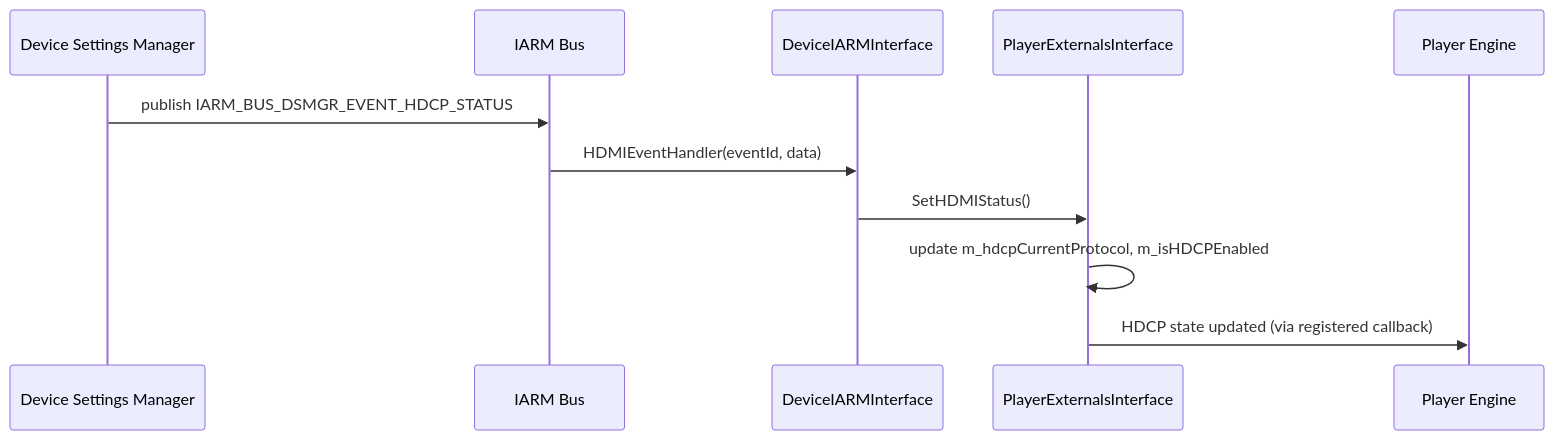
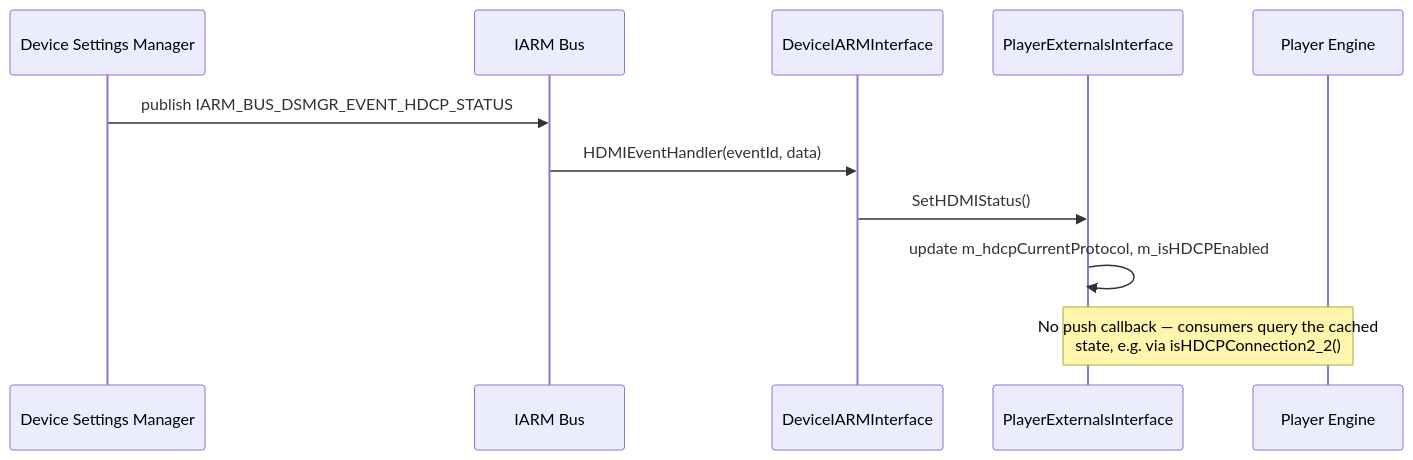
Before and after one commit to rdkcentral/middleware-player-interface: the seventh of 7 diagrams in README.md, drawn with Mermaid. The commit also changed other lines of this file, not shown here.

````diff
--- a/README.md
+++ b/README.md
@@ -391,14 +396,14 @@
 ```mermaid
 sequenceDiagram
     participant DS as Device Settings Manager
     participant IARM as IARM Bus
     participant DevIARM as DeviceIARMInterface
     participant ExtIface as PlayerExternalsInterface
     participant Engine as Player Engine
 
     DS->>IARM: publish IARM_BUS_DSMGR_EVENT_HDCP_STATUS
     IARM->>DevIARM: HDMIEventHandler(eventId, data)
     DevIARM->>ExtIface: SetHDMIStatus()
     ExtIface->>ExtIface: update m_hdcpCurrentProtocol, m_isHDCPEnabled
-    ExtIface->>Engine: HDCP state updated (via registered callback)
+    Note over ExtIface,Engine: No push callback — consumers query the cached<br/>state, e.g. via isHDCPConnection2_2()
 ```
````
